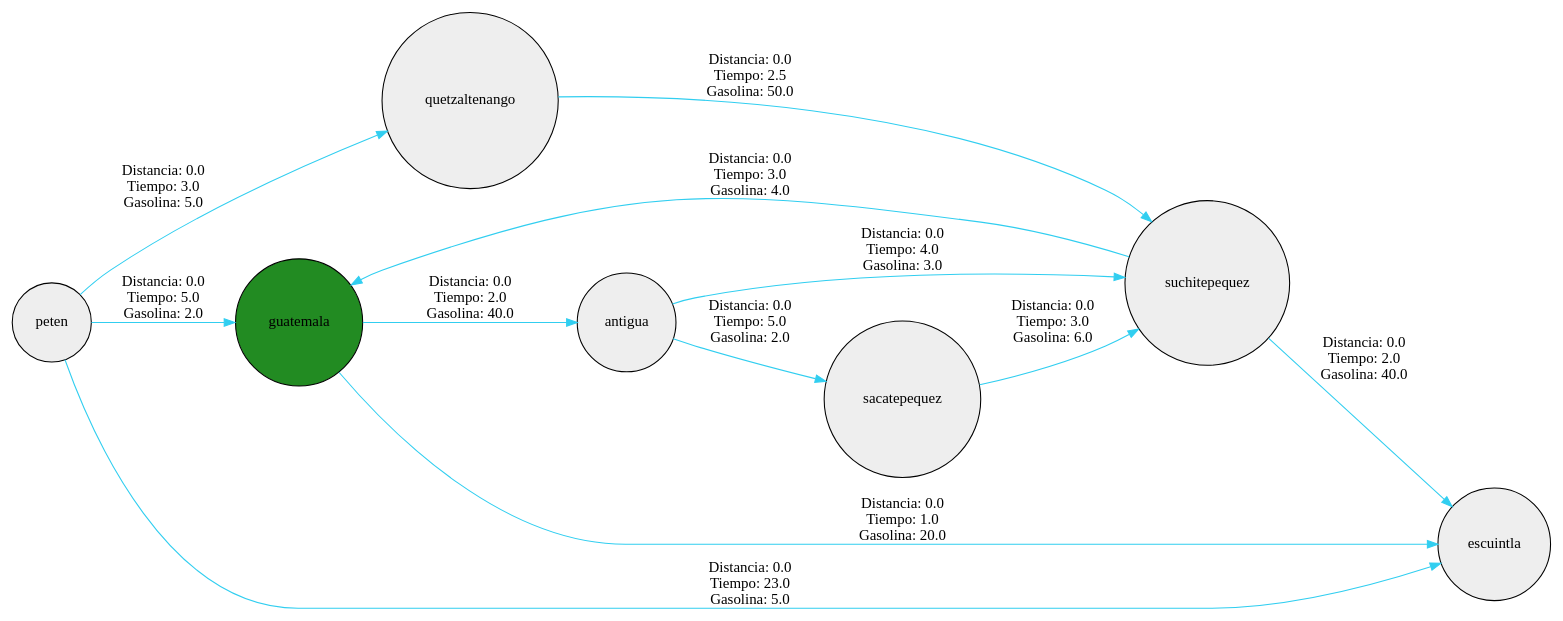
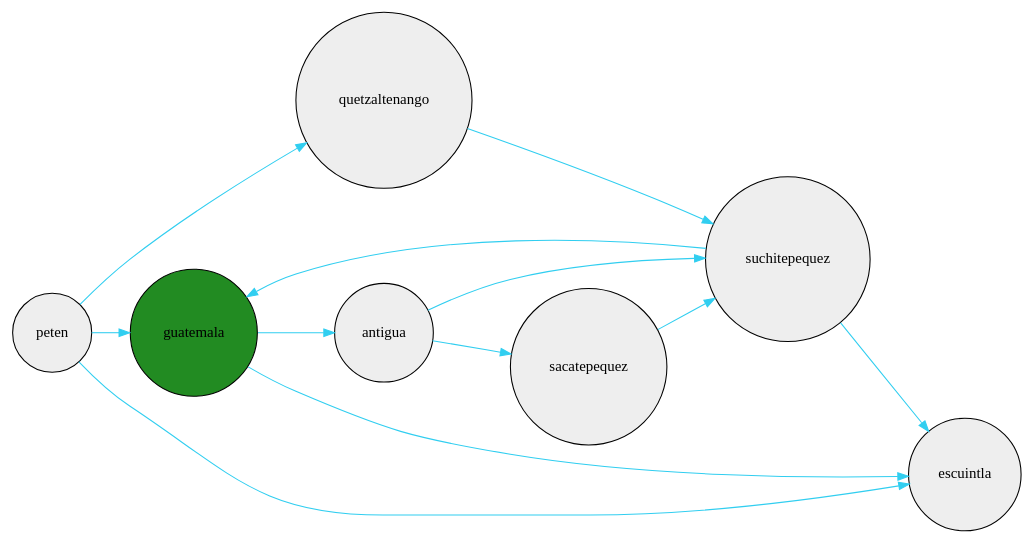
Before and after one commit to Fxhnd13/ProyectoFinalEstructuraDeDatos: the diagram in src/Images/grafo.dot, drawn with Graphviz. The commit also changed 21 other files, not shown here.

```diff
--- a/src/Images/grafo.dot
+++ b/src/Images/grafo.dot
@@ -1,41 +1,19 @@
 digraph G{
      node[shape=circle];
      node[style=filled];
      node[fillcolor="#EEEEEE"];
      edge[color="#31CEF0"];
-     guatemala->escuintla[label="Distancia: 0.0
-Tiempo: 1.0
-Gasolina: 20.0"];
-     guatemala->antigua[label="Distancia: 0.0
-Tiempo: 2.0
-Gasolina: 40.0"];
-     suchitepequez->escuintla[label="Distancia: 0.0
-Tiempo: 2.0
-Gasolina: 40.0"];
-     quetzaltenango->suchitepequez[label="Distancia: 0.0
-Tiempo: 2.5
-Gasolina: 50.0"];
-     sacatepequez->suchitepequez[label="Distancia: 0.0
-Tiempo: 3.0
-Gasolina: 6.0"];
-     peten->guatemala[label="Distancia: 0.0
-Tiempo: 5.0
-Gasolina: 2.0"];
-     peten->quetzaltenango[label="Distancia: 0.0
-Tiempo: 3.0
-Gasolina: 5.0"];
-     peten->escuintla[label="Distancia: 0.0
-Tiempo: 23.0
-Gasolina: 5.0"];
-     suchitepequez->guatemala[label="Distancia: 0.0
-Tiempo: 3.0
-Gasolina: 4.0"];
-     antigua->suchitepequez[label="Distancia: 0.0
-Tiempo: 4.0
-Gasolina: 3.0"];
-     antigua->sacatepequez[label="Distancia: 0.0
-Tiempo: 5.0
-Gasolina: 2.0"];
+     guatemala->escuintla;
+     guatemala->antigua;
+     suchitepequez->escuintla;
+     quetzaltenango->suchitepequez;
+     sacatepequez->suchitepequez;
+     peten->guatemala;
+     peten->quetzaltenango;
+     peten->escuintla;
+     suchitepequez->guatemala;
+     antigua->suchitepequez;
+     antigua->sacatepequez;
      guatemala[fillcolor="forestgreen"];
      rankdir=LR;
 }
```
